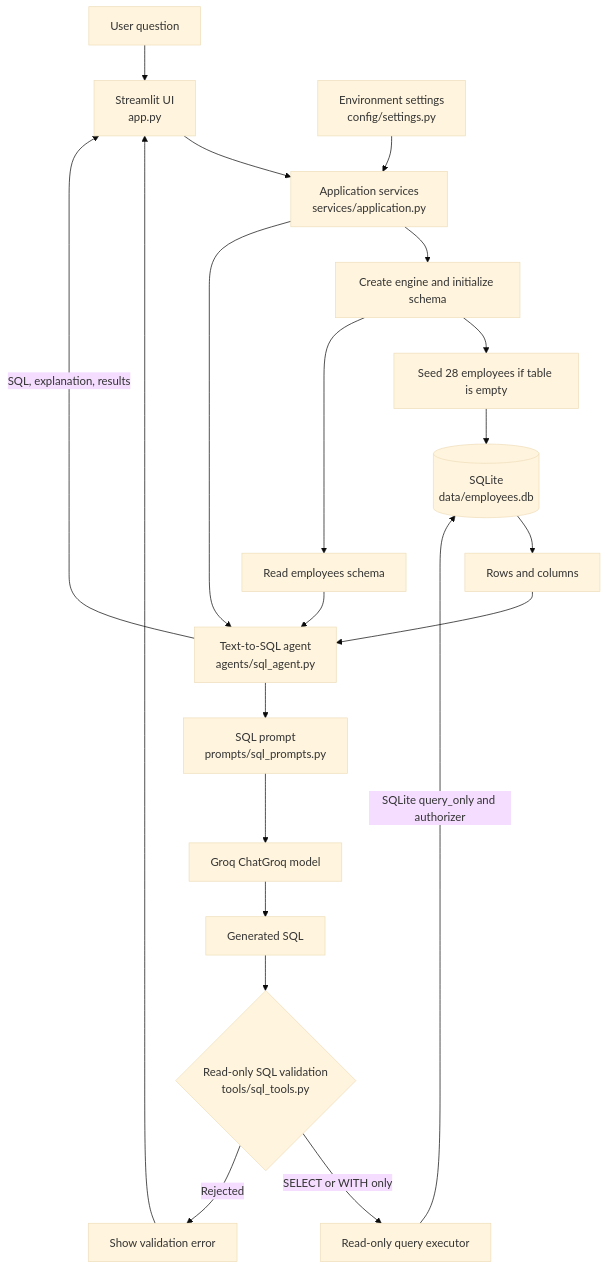
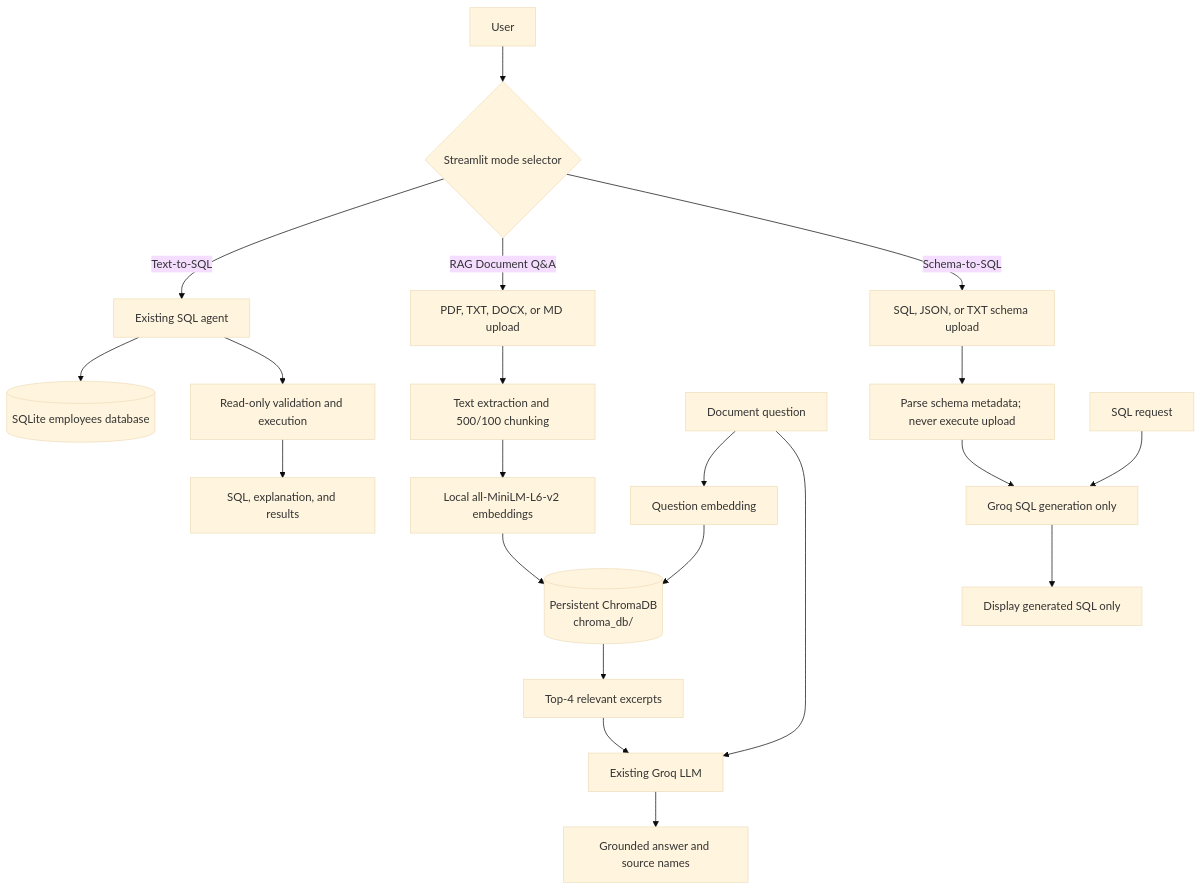
Before and after one commit to venkydmadgundi/text-to-query-assistant: the diagram in README.md, drawn with Mermaid (base theme). The commit also changed other lines of this file and 21 other files, not shown here.

Commit message:
Add document RAG and schema SQL modes

````diff
--- a/README.md
+++ b/README.md
@@ -45,25 +58,25 @@
 ```mermaid
 flowchart TD
-    U[User question] --> UI[Streamlit UI<br/>app.py]
-    UI --> APP[Application services<br/>services/application.py]
-    CFG[Environment settings<br/>config/settings.py] --> APP
+    U[User] --> MODE{Streamlit mode selector}
+    MODE -->|Text-to-SQL| TQ[Existing SQL agent]
+    TQ --> DB[(SQLite employees database)]
+    TQ --> TV[Read-only validation and execution]
+    TV --> TR[SQL, explanation, and results]
 
-    APP --> INIT[Create engine and initialize schema]
-    INIT --> SEED[Seed 28 employees if table is empty]
-    SEED --> DB[(SQLite<br/>data/employees.db)]
-    INIT --> SCHEMA[Read employees schema]
-    SCHEMA --> AGENT[Text-to-SQL agent<br/>agents/sql_agent.py]
-    APP --> AGENT
+    MODE -->|RAG Document Q&A| UP[PDF, TXT, DOCX, or MD upload]
+    UP --> EXT[Text extraction and 500/100 chunking]
+    EXT --> EMB[Local all-MiniLM-L6-v2 embeddings]
+    EMB --> CH[(Persistent ChromaDB<br/>chroma_db/)]
+    Q[Document question] --> QE[Question embedding]
+    QE --> CH
+    CH --> CTX[Top-4 relevant excerpts]
+    CTX --> GROQ[Existing Groq LLM]
+    Q --> GROQ
+    GROQ --> RA[Grounded answer and source names]
 
-    AGENT --> PROMPT[SQL prompt<br/>prompts/sql_prompts.py]
-    PROMPT --> GROQ[Groq ChatGroq model]
-    GROQ --> SQL[Generated SQL]
-    SQL --> VALIDATE{Read-only SQL validation<br/>tools/sql_tools.py}
-    VALIDATE -->|SELECT or WITH only| EXEC[Read-only query executor]
-    VALIDATE -->|Rejected| ERROR[Show validation error]
-    EXEC -->|SQLite query_only and authorizer| DB
-    DB --> RESULT[Rows and columns]
-    RESULT --> AGENT
-    AGENT -->|SQL, explanation, results| UI
-    ERROR --> UI
+    MODE -->|Schema-to-SQL| SU[SQL, JSON, or TXT schema upload]
+    SU --> PARSE[Parse schema metadata; never execute upload]
+    PARSE --> SG[Groq SQL generation only]
+    SQ[SQL request] --> SG
+    SG --> SO[Display generated SQL only]
 ```
````
